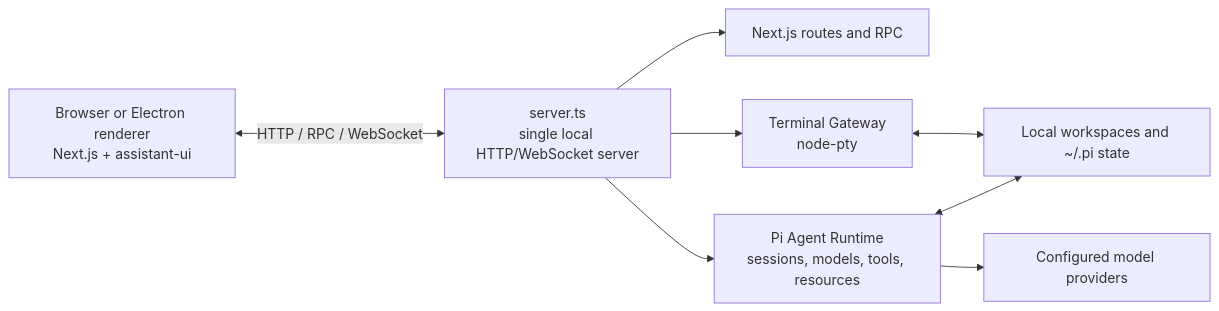
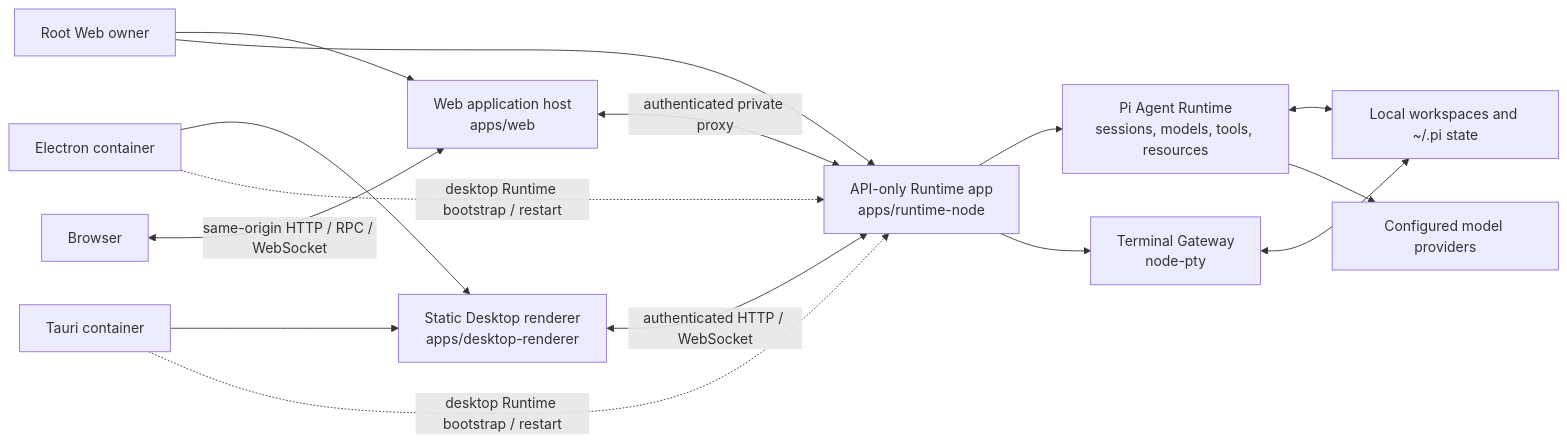
One commit to yyy0107/pi-workbench changed the diagram in README.md. Above: the diagram before and after it, drawn with Mermaid. The commit also changed other lines of this file and 1873 other files, not shown here.

````diff
--- a/README.md
+++ b/README.md
@@ -230,18 +327,29 @@
 ```mermaid
 flowchart LR
-  client["Browser or Electron renderer<br/>Next.js + assistant-ui"]
-  server["server.ts<br/>single local HTTP/WebSocket server"]
-  next["Next.js routes and RPC"]
+  owner["Root Web owner"]
+  browser["Browser"]
+  web["Web application host<br/>apps/web"]
+  desktop["Static Desktop renderer<br/>apps/desktop-renderer"]
+  electron["Electron container"]
+  tauri["Tauri container"]
+  runtime["API-only Runtime app<br/>apps/runtime-node"]
   pi["Pi Agent Runtime<br/>sessions, models, tools, resources"]
   terminal["Terminal Gateway<br/>node-pty"]
   local["Local workspaces and ~/.pi state"]
   providers["Configured model providers"]
 
-  client <-->|"HTTP / RPC / WebSocket"| server
-  server --> next
-  server --> pi
-  server --> terminal
+  owner --> web
+  owner --> runtime
+  browser <-->|"same-origin HTTP / RPC / WebSocket"| web
+  electron --> desktop
+  tauri --> desktop
+  electron -.->|"desktop Runtime bootstrap / restart"| runtime
+  tauri -.->|"desktop Runtime bootstrap / restart"| runtime
+  web <-->|"authenticated private proxy"| runtime
+  desktop <-->|"authenticated HTTP / WebSocket"| runtime
+  runtime --> pi
+  runtime --> terminal
   pi <--> local
   terminal <--> local
   pi --> providers
 ```
````
